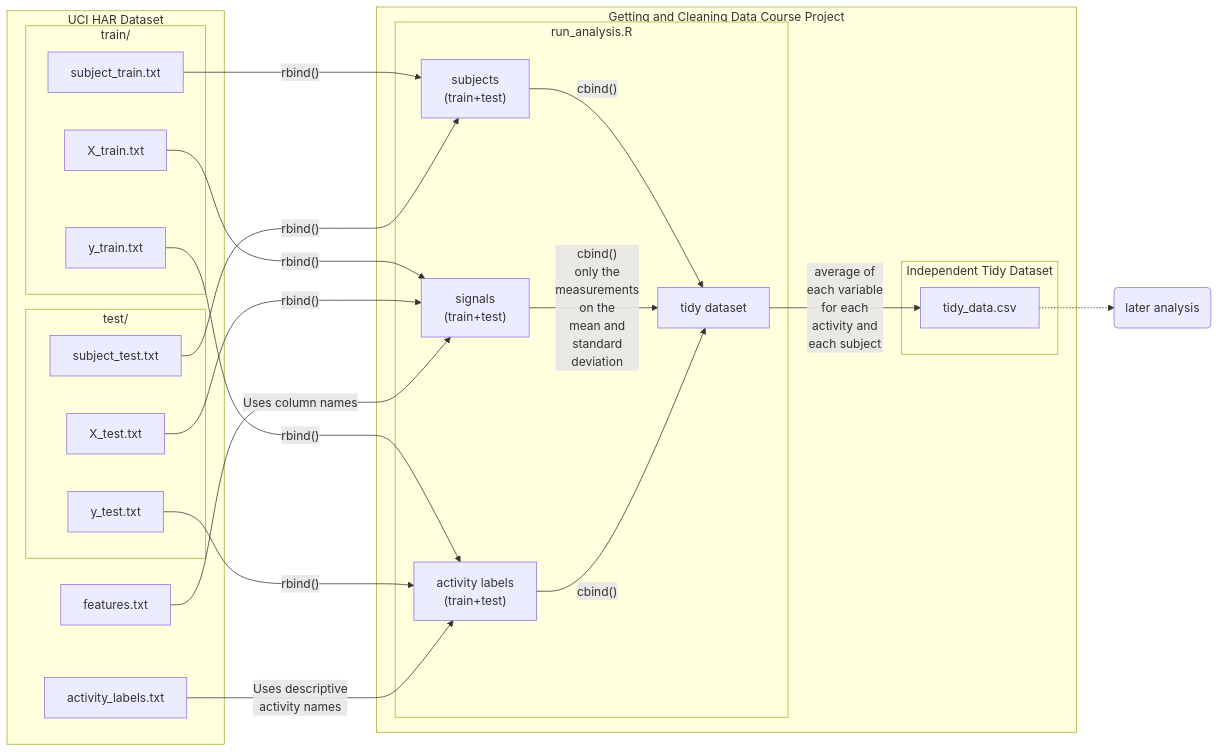
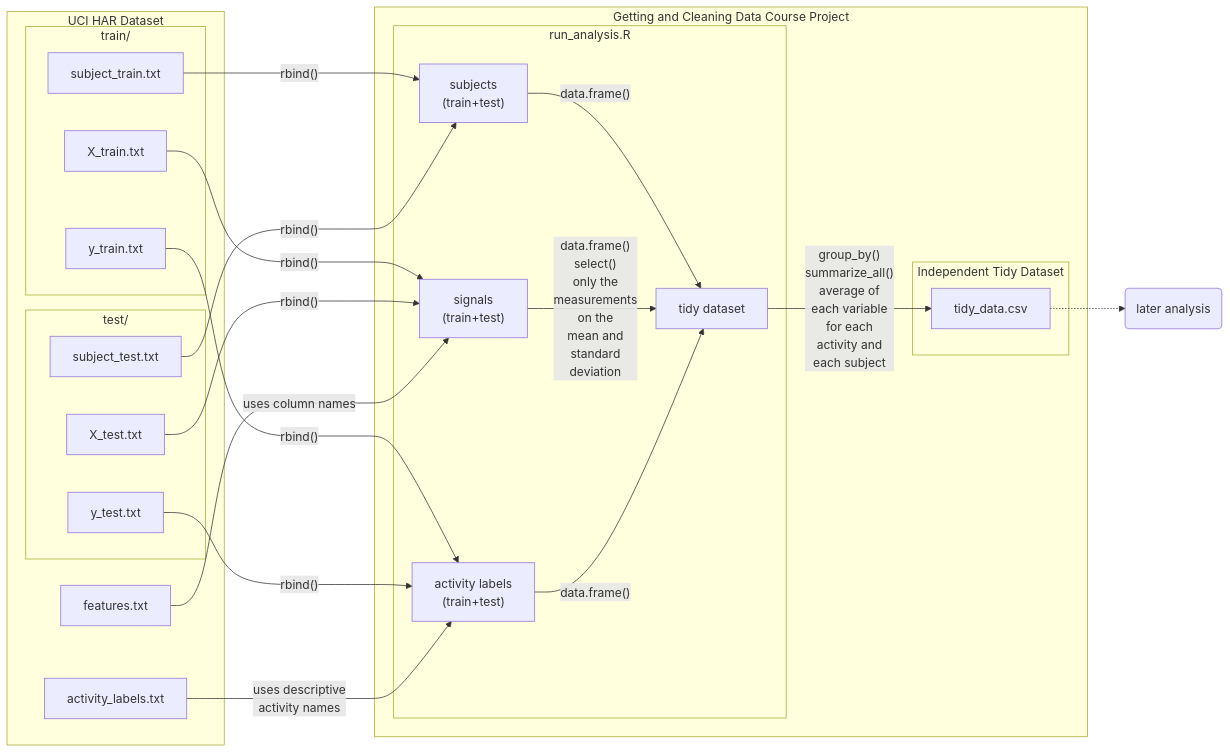
The diagram in res/connect.mmd (dr-orange/Getting-and-Cleaning-Data-Course-Project), drawn with Mermaid before and after one commit. The commit also changed 2 other files, not shown here.

```diff
--- a/res/connect.mmd
+++ b/res/connect.mmd
@@ -1,45 +1,45 @@
 %% mermaid markdown
 graph LR
     subgraph UCI HAR Dataset
         subgraph train/
             id1[subject_train.txt]
             id2[X_train.txt]
             id3[y_train.txt]
         end
         subgraph test/
             id4[subject_test.txt]
             id5[X_test.txt]
             id6[y_test.txt]
         end
         id9[features.txt]
         id10[activity_labels.txt]
     end
 
     subgraph Getting and Cleaning Data Course Project
         subgraph run_analysis.R
             id7["subjects<br>(train+test)"]
             id11["signals<br>(train+test)"]
             id12["activity labels<br>(train+test)"]
             id13["tidy dataset"]
             
             id1-- "rbind()" -->id7
             id4-- "rbind()" -->id7
             id2-- "rbind()" -->id11
             id5-- "rbind()" -->id11
             id3-- "rbind()" -->id12
             id6-- "rbind()" -->id12
-            id7-- "cbind()" -->id13
-            id11-- "cbind()<br>only the<br>measurements<br>on the<br>mean and<br>standard<br>deviation" -->id13
-            id12-- "cbind()" -->id13
-            id9-- "Uses column names" -->id11
-            id10-- "Uses descriptive<br>activity names" -->id12
+            id7-- "data.frame()" -->id13
+            id11-- "data.frame()<br>select()<br>only the<br>measurements<br>on the<br>mean and<br>standard<br>deviation" -->id13
+            id12-- "data.frame()" -->id13
+            id9-- "uses column names" -->id11
+            id10-- "uses descriptive<br>activity names" -->id12
         end
 
         subgraph Independent Tidy Dataset
             id8[tidy_data.csv]
 
-            id13-- "average of<br>each variable<br>for each<br>activity and<br>each subject" -->id8
+            id13-- "group_by()<br>summarize_all()<br>average of<br>each variable<br>for each<br>activity and<br>each subject" -->id8
         end
     end
 
     id8-.->id14(later analysis)
```
